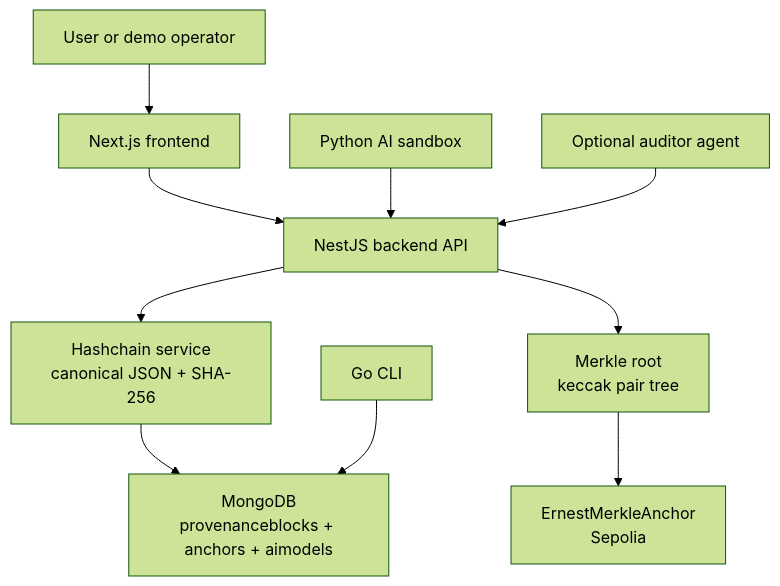
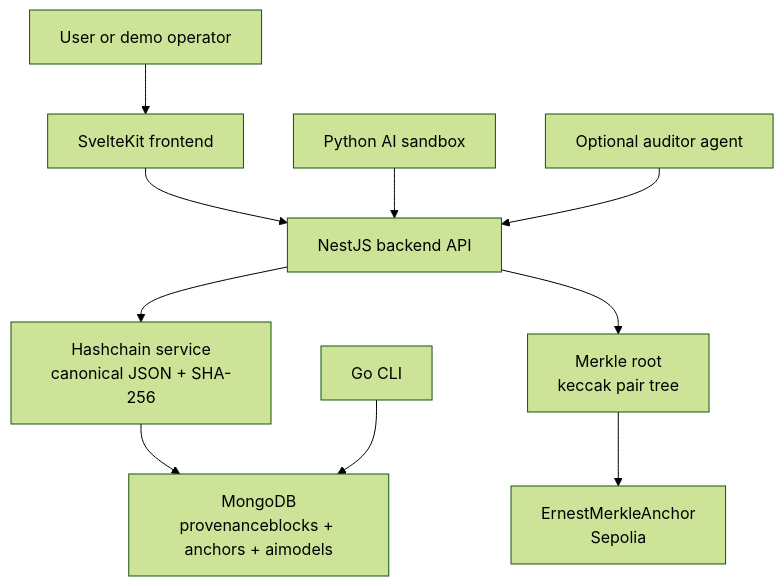
Before and after one commit to ccastromar/ai-blockchain-provenance: the first of 3 diagrams in docs/architecture.md, drawn with Mermaid (forest theme). The commit also changed other lines of this file and 8 other files, not shown here.

````diff
--- a/docs/architecture.md
+++ b/docs/architecture.md
@@ -7,23 +7,23 @@
 ```mermaid
 flowchart TD
   User["User or demo operator"]
-  UI["Next.js frontend"]
+  UI["SvelteKit frontend"]
   API["NestJS backend API"]
   Mongo["MongoDB<br/>provenanceblocks + anchors + aimodels"]
   Hashchain["Hashchain service<br/>canonical JSON + SHA-256"]
   Merkle["Merkle root<br/>keccak pair tree"]
   Contract["ErnestMerkleAnchor<br/>Sepolia"]
   CLI["Go CLI"]
   Sandbox["Python AI sandbox"]
   Auditor["Optional auditor agent"]
 
   User --> UI
   UI --> API
   Sandbox --> API
   Auditor --> API
   API --> Hashchain
   Hashchain --> Mongo
   API --> Merkle
   Merkle --> Contract
   CLI --> Mongo
 ```
````
